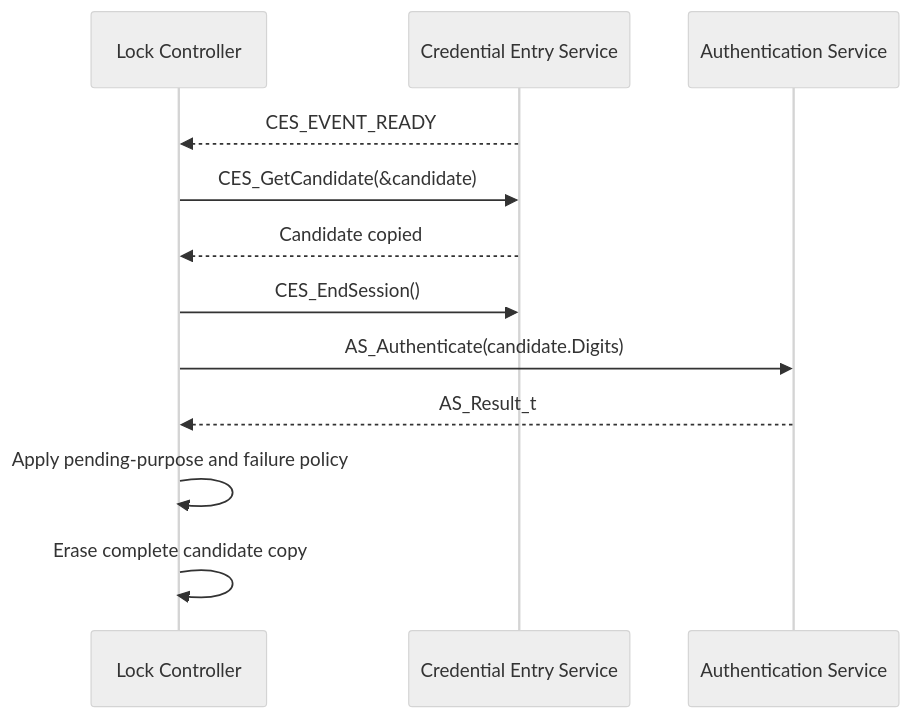
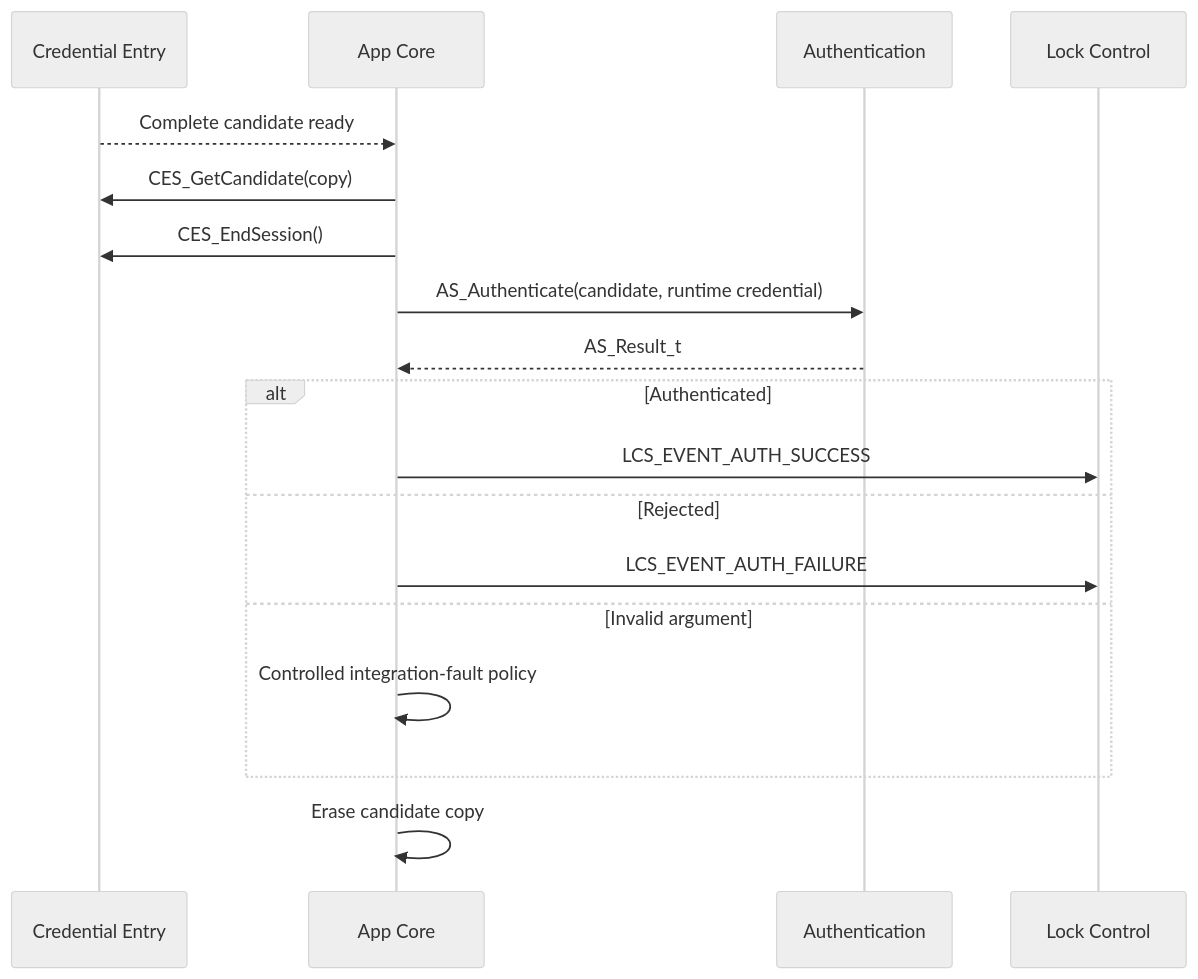
One commit to JP-REY/STM32F103C8T6-Based-Electronic-Lock changed the third of 4 diagrams in Libs/Services/Authentication/README.md. Above: the diagram before and after it, drawn with Mermaid (neutral theme). The commit also changed other lines of this file and 2 other files, not shown here.

First line of the commit message:
refactor(authentication): use caller-provided runtime credential

````diff
--- a/Libs/Services/Authentication/README.md
+++ b/Libs/Services/Authentication/README.md
@@ -395,15 +457,23 @@
 ```mermaid
 sequenceDiagram
-    participant CTRL as Lock Controller
-    participant CES as Credential Entry Service
-    participant AUTH as Authentication Service
+    participant CES as Credential Entry
+    participant APP as App Core
+    participant AS as Authentication
+    participant LCS as Lock Control
 
-    CES-->>CTRL: CES_EVENT_READY
-    CTRL->>CES: CES_GetCandidate(&candidate)
-    CES-->>CTRL: Candidate copied
-    CTRL->>CES: CES_EndSession()
-    CTRL->>AUTH: AS_Authenticate(candidate.Digits)
-    AUTH-->>CTRL: AS_Result_t
-    CTRL->>CTRL: Apply pending-purpose and failure policy
-    CTRL->>CTRL: Erase complete candidate copy
+    CES-->>APP: Complete candidate ready
+    APP->>CES: CES_GetCandidate(copy)
+    APP->>CES: CES_EndSession()
+    APP->>AS: AS_Authenticate(candidate, runtime credential)
+    AS-->>APP: AS_Result_t
+
+    alt Authenticated
+        APP->>LCS: LCS_EVENT_AUTH_SUCCESS
+    else Rejected
+        APP->>LCS: LCS_EVENT_AUTH_FAILURE
+    else Invalid argument
+        APP->>APP: Controlled integration-fault policy
+    end
+
+    APP->>APP: Erase candidate copy
 ```
````
